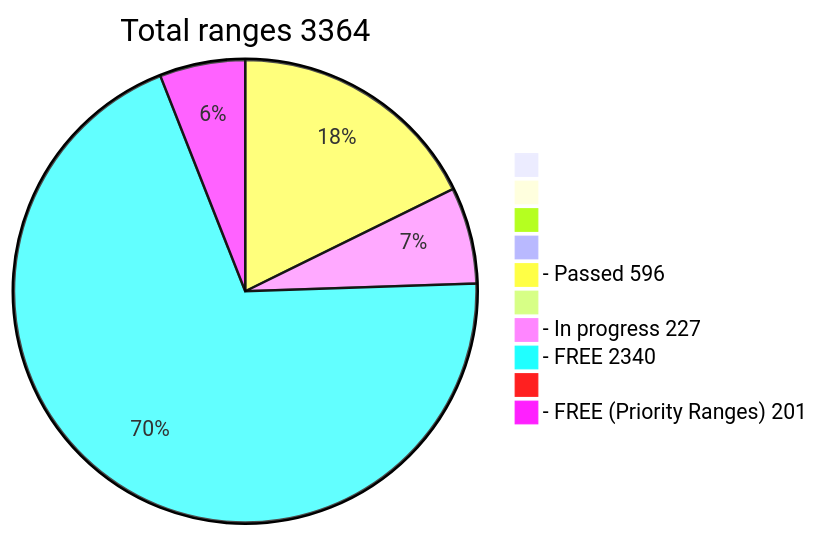
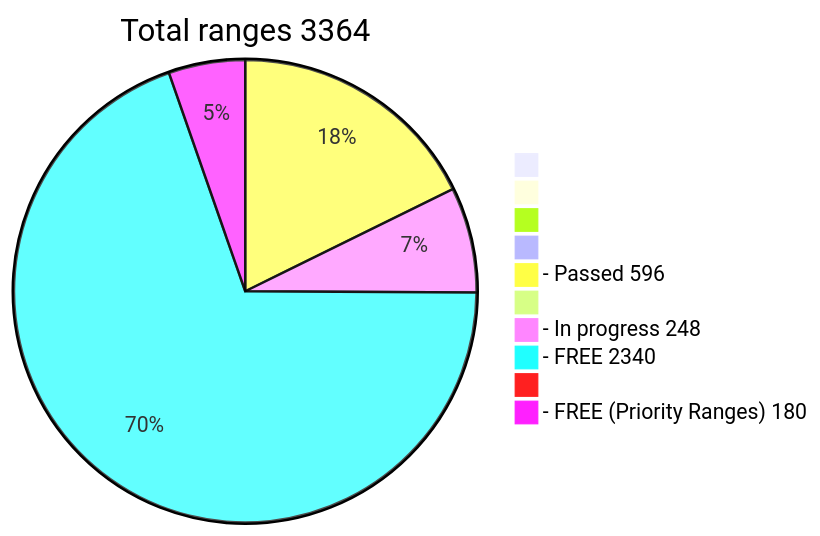
The diagram in README.md (phrutis/wif500), drawn with Mermaid before and after one commit.

````diff
--- a/README.md
+++ b/README.md
@@ -16,13 +16,13 @@
 ```mermaid
 pie title Total ranges 3364
              " " : 0
             "  " : 0
            "   " : 0
           "    " : 0
   "- Passed 596" : 596
          "     " : 0
-  "- In progress 227" : 227
+  "- In progress 248" : 248
    "- FREE 2340" : 2340
         "      " : 0
-  "- FREE (Priority Ranges) 201" : 201
+  "- FREE (Priority Ranges) 180" : 180
 ```
````
